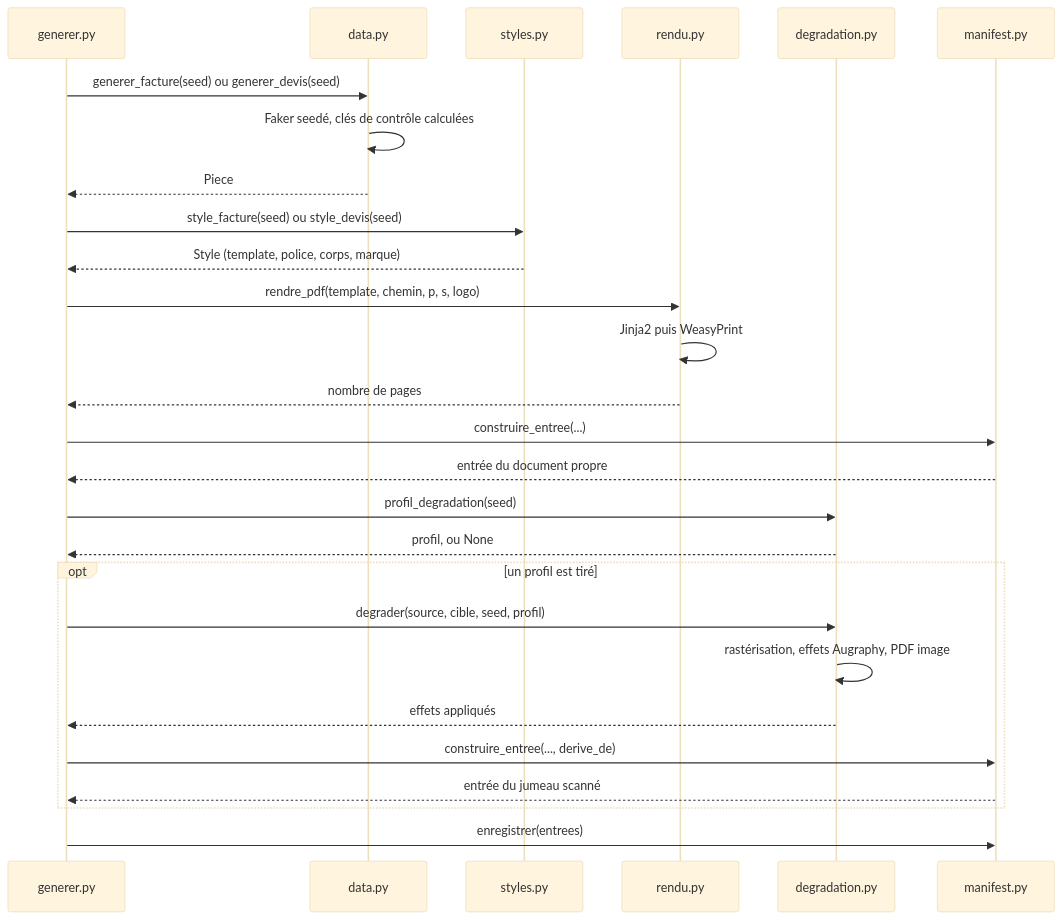
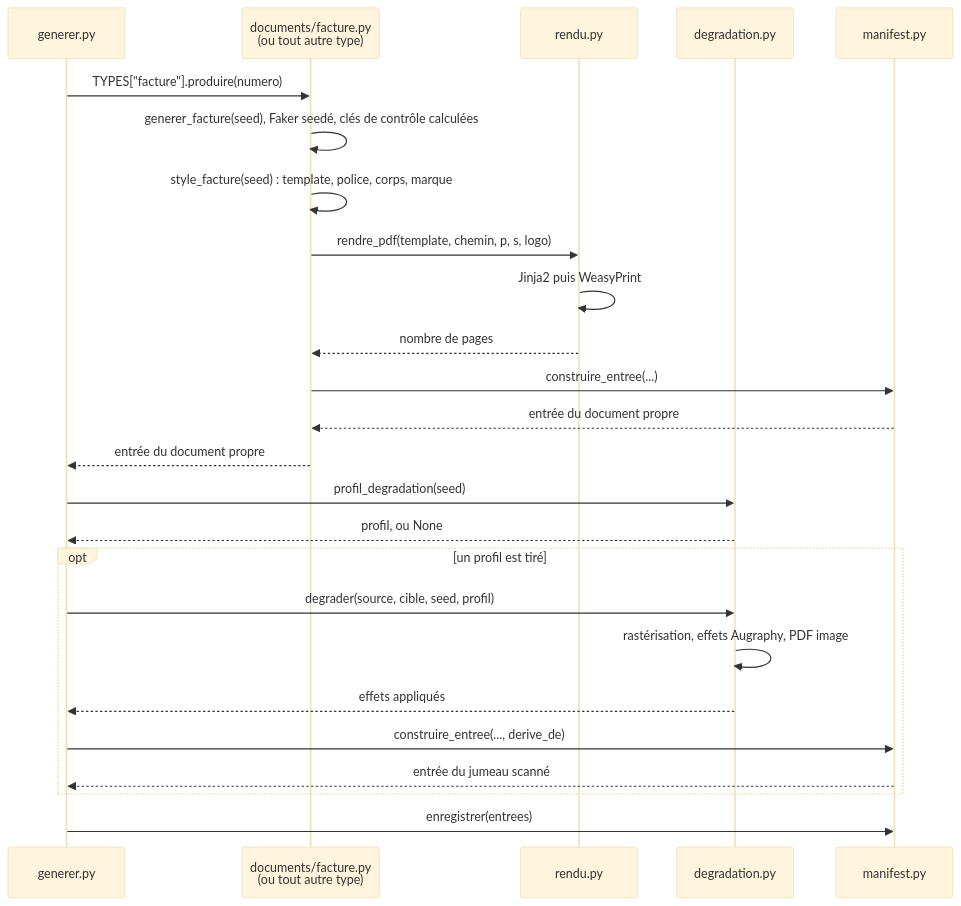
One commit to xelema/Detect-Doc changed the third of 3 diagrams in tools/CorpusGenerator/README.md. Above: the diagram before and after it, drawn with Mermaid (base theme). The commit also changed other lines of this file and 15 other files, not shown here.

Commit message:
refactor(corpus-gen): streamline document type management

````diff
--- a/tools/CorpusGenerator/README.md
+++ b/tools/CorpusGenerator/README.md
@@ -292,31 +292,29 @@
 ```mermaid
 sequenceDiagram
     participant G as generer.py
-    participant D as data.py
-    participant S as styles.py
+    participant T as documents/facture.py<br/>(ou tout autre type)
     participant R as rendu.py
     participant X as degradation.py
     participant M as manifest.py
 
-    G->>D: generer_facture(seed) ou generer_devis(seed)
-    D->>D: Faker seedé, clés de contrôle calculées
-    D-->>G: Piece
-    G->>S: style_facture(seed) ou style_devis(seed)
-    S-->>G: Style (template, police, corps, marque)
-    G->>R: rendre_pdf(template, chemin, p, s, logo)
+    G->>T: TYPES["facture"].produire(numero)
+    T->>T: generer_facture(seed), Faker seedé, clés de contrôle calculées
+    T->>T: style_facture(seed) : template, police, corps, marque
+    T->>R: rendre_pdf(template, chemin, p, s, logo)
     R->>R: Jinja2 puis WeasyPrint
-    R-->>G: nombre de pages
-    G->>M: construire_entree(...)
-    M-->>G: entrée du document propre
+    R-->>T: nombre de pages
+    T->>M: construire_entree(...)
+    M-->>T: entrée du document propre
+    T-->>G: entrée du document propre
 
     G->>X: profil_degradation(seed)
     X-->>G: profil, ou None
     opt un profil est tiré
         G->>X: degrader(source, cible, seed, profil)
         X->>X: rastérisation, effets Augraphy, PDF image
         X-->>G: effets appliqués
         G->>M: construire_entree(..., derive_de)
         M-->>G: entrée du jumeau scanné
     end
     G->>M: enregistrer(entrees)
 ```
````
